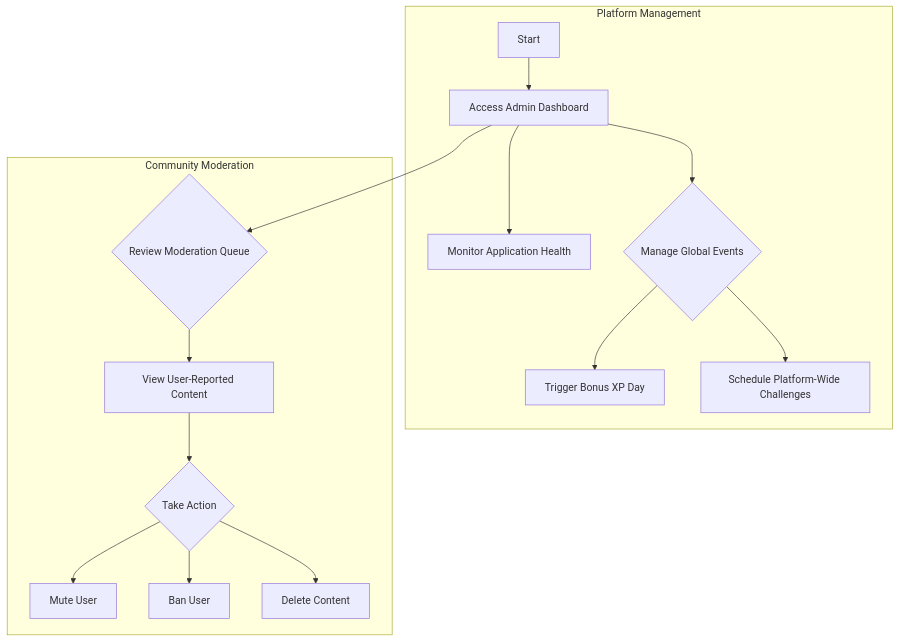
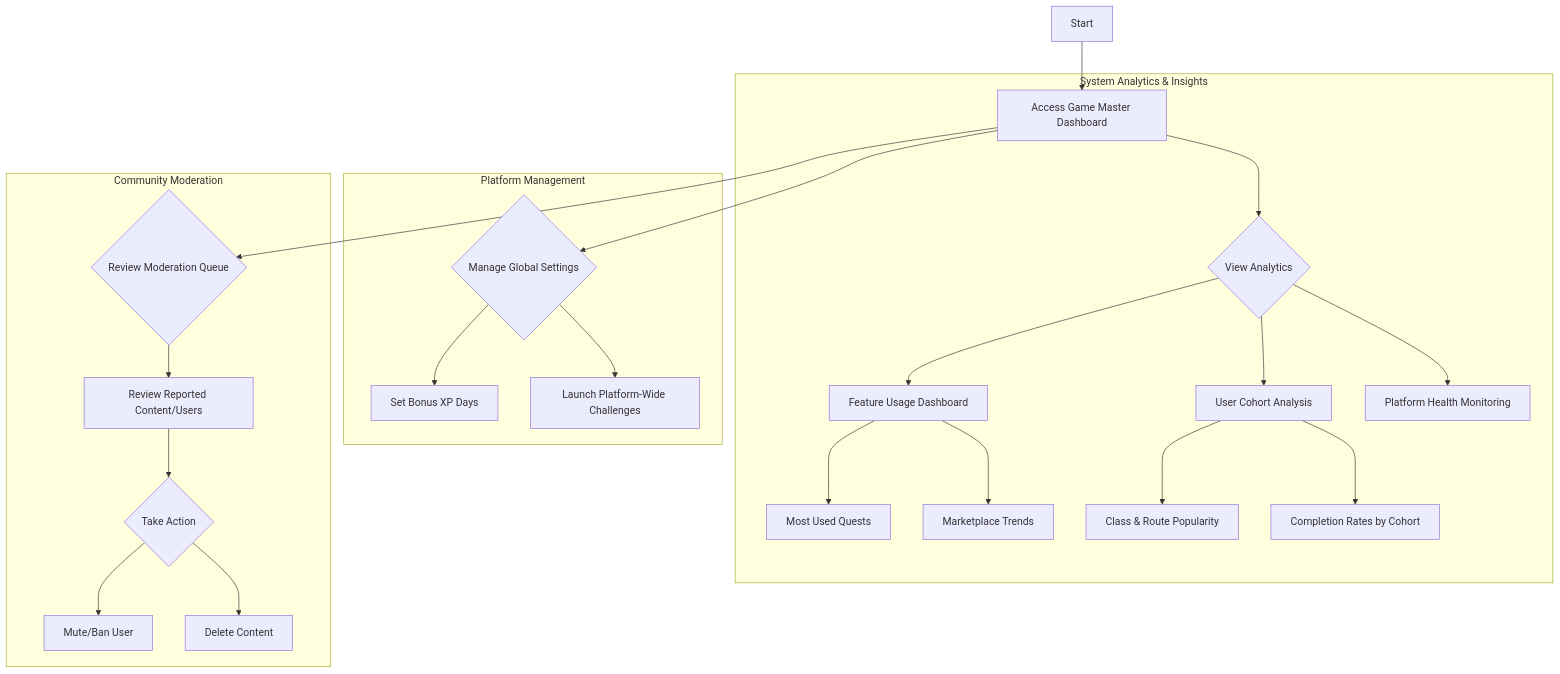
Before and after one commit to FA25SE050-RogueLearn/RogueLearn.BMAD.Documentation: the fifth of 5 diagrams in docs/prd/user-flows.md, drawn with Mermaid. The commit also changed 3 other files, not shown here.

````diff
--- a/docs/prd/user-flows.md
+++ b/docs/prd/user-flows.md
@@ -114,19 +114,29 @@
 ```mermaid
 graph TD
+    A[Start] --> B[Access Game Master Dashboard];
+
+    subgraph "System Analytics & Insights"
+        B --> C{View Analytics};
+        C --> D[Feature Usage Dashboard];
+        D --> D1[Most Used Quests];
+        D --> D2[Marketplace Trends];
+        C --> E[User Cohort Analysis];
+        E --> E1[Class & Route Popularity];
+        E --> E2[Completion Rates by Cohort];
+        C --> F[Platform Health Monitoring];
+    end
+
     subgraph "Platform Management"
-        A[Start] --> B[Access Admin Dashboard];
-        B --> C[Monitor Application Health];
-        B --> D{Manage Global Events};
-        D --> E[Trigger Bonus XP Day];
-        D --> F[Schedule Platform-Wide Challenges];
+        B --> G{Manage Global Settings};
+        G --> H[Set Bonus XP Days];
+        G --> I[Launch Platform-Wide Challenges];
     end
 
     subgraph "Community Moderation"
-        B --> G{Review Moderation Queue};
-        G --> H[View User-Reported Content];
-        H --> I{Take Action};
-        I --> J[Mute User];
-        I --> K[Ban User];
-        I --> L[Delete Content];
+        B --> J{Review Moderation Queue};
+        J --> K[Review Reported Content/Users];
+        K --> L{Take Action};
+        L --> M[Mute/Ban User];
+        L --> N[Delete Content];
     end
 ```
````
